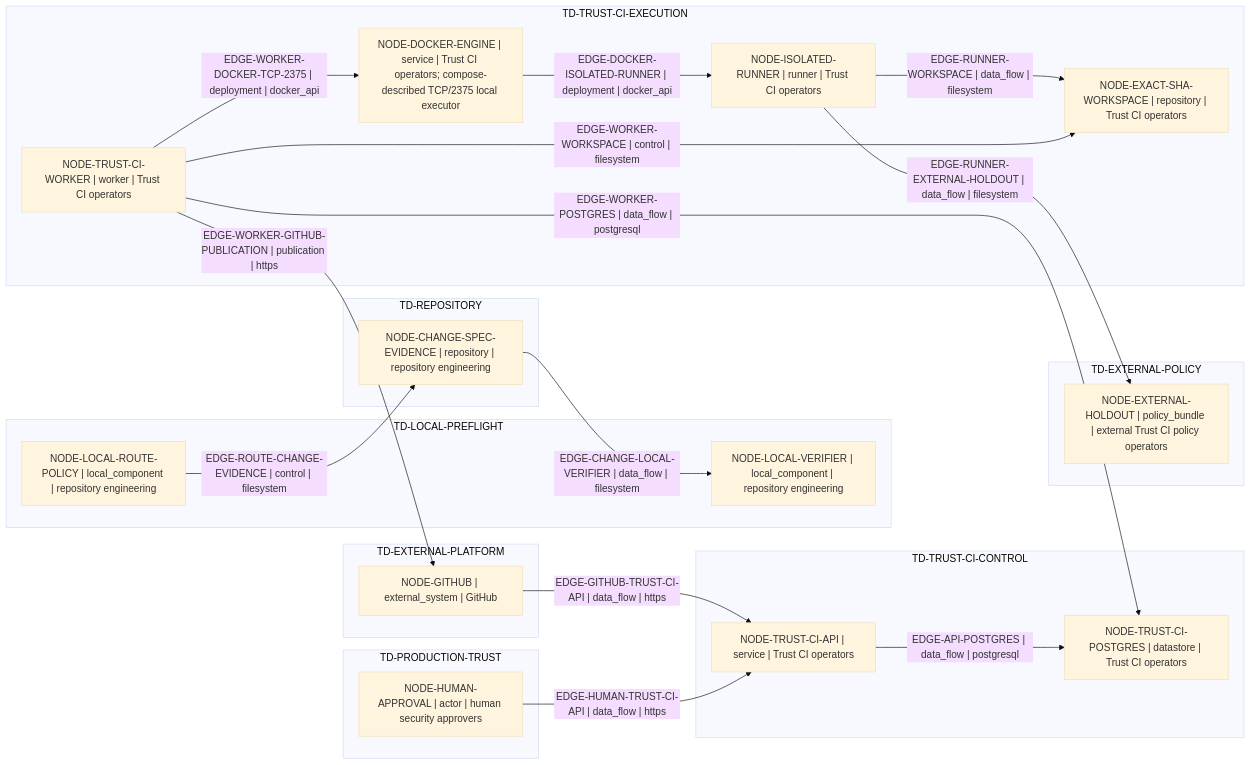
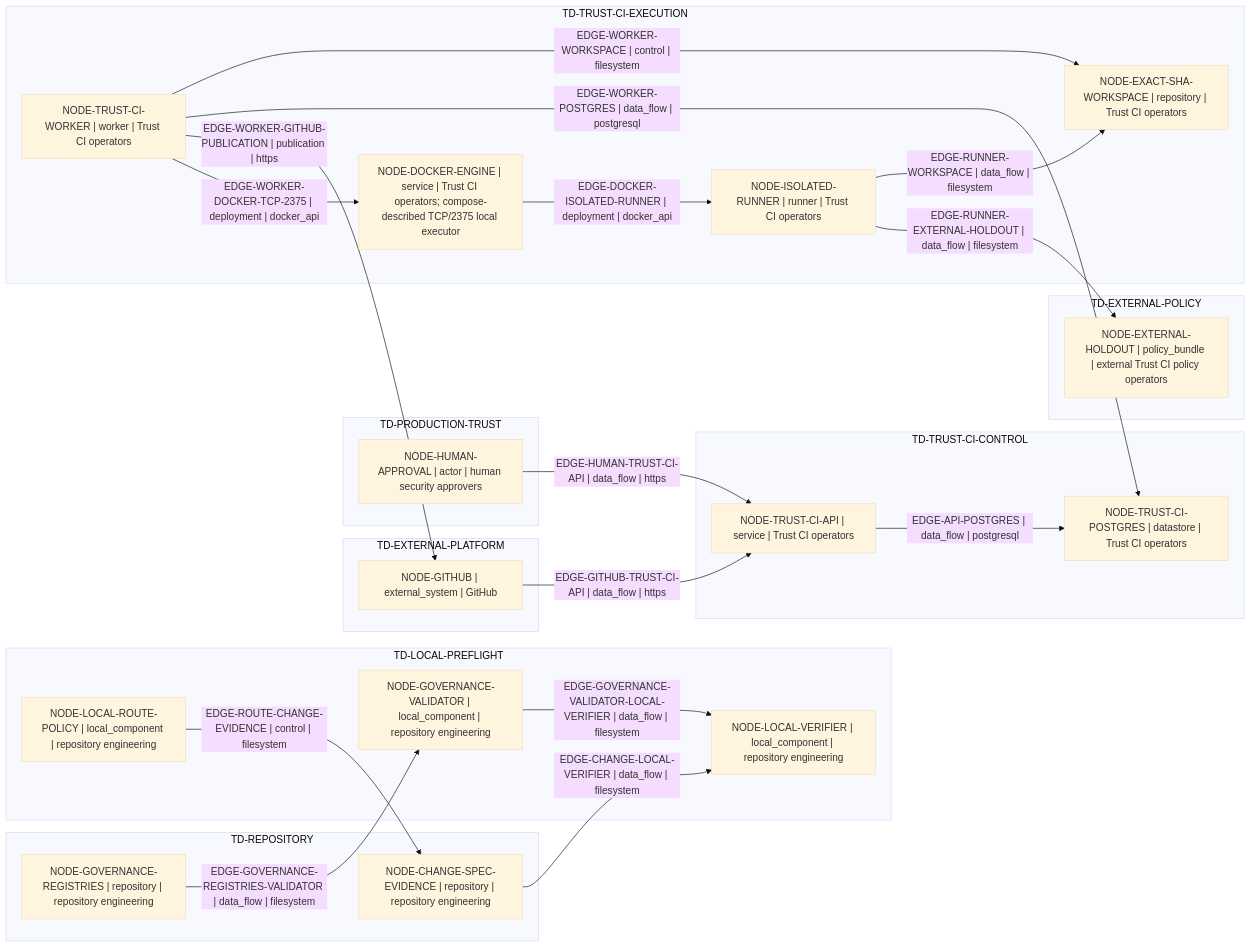
Before and after one commit to Dimkox/adaptive-grok-build-pro: the diagram in architecture/generated/trust-boundary.mmd, drawn with Mermaid (base theme). The commit also changed 10 other files, not shown here.

Commit message:
feat: model controlled governance architecture

```diff
--- a/architecture/generated/trust-boundary.mmd
+++ b/architecture/generated/trust-boundary.mmd
@@ -1,39 +1,43 @@
 flowchart LR
   subgraph domain_96fb748595c57dce["TD-EXTERNAL-PLATFORM"]
     node_8b8a8cd21b180532["NODE-GITHUB | external_system | GitHub"]
   end
   subgraph domain_ece8d94ff661d9fb["TD-EXTERNAL-POLICY"]
     node_0a0fe2f046a648e9["NODE-EXTERNAL-HOLDOUT | policy_bundle | external Trust CI policy operators"]
   end
   subgraph domain_fa5ae843eb45e375["TD-LOCAL-PREFLIGHT"]
+    node_23677f8757246623["NODE-GOVERNANCE-VALIDATOR | local_component | repository engineering"]
     node_770cf3a1783e8525["NODE-LOCAL-ROUTE-POLICY | local_component | repository engineering"]
     node_23bed8fcbfc79861["NODE-LOCAL-VERIFIER | local_component | repository engineering"]
   end
   subgraph domain_93c532f149d3e2d5["TD-PRODUCTION-TRUST"]
     node_e4e37173e410ad23["NODE-HUMAN-APPROVAL | actor | human security approvers"]
   end
   subgraph domain_734c10023f9857a2["TD-REPOSITORY"]
     node_8938bd3db1932751["NODE-CHANGE-SPEC-EVIDENCE | repository | repository engineering"]
+    node_dfd1104494c6ab8f["NODE-GOVERNANCE-REGISTRIES | repository | repository engineering"]
   end
   subgraph domain_7f80d82d053144ab["TD-TRUST-CI-CONTROL"]
     node_d0e570b2fbe52f98["NODE-TRUST-CI-API | service | Trust CI operators"]
     node_1a6c7efb2d08591b["NODE-TRUST-CI-POSTGRES | datastore | Trust CI operators"]
   end
   subgraph domain_65e7aeb3bb37c460["TD-TRUST-CI-EXECUTION"]
     node_4e78270f61d78ed8["NODE-DOCKER-ENGINE | service | Trust CI operators; compose-described TCP/2375 local executor"]
     node_2e8a7072de3f3743["NODE-EXACT-SHA-WORKSPACE | repository | Trust CI operators"]
     node_1c3a10ba26a8e80d["NODE-ISOLATED-RUNNER | runner | Trust CI operators"]
     node_070dda93443dcc1f["NODE-TRUST-CI-WORKER | worker | Trust CI operators"]
   end
   node_d0e570b2fbe52f98 -->|"EDGE-API-POSTGRES | data_flow | postgresql"| node_1a6c7efb2d08591b
   node_8938bd3db1932751 -->|"EDGE-CHANGE-LOCAL-VERIFIER | data_flow | filesystem"| node_23bed8fcbfc79861
   node_4e78270f61d78ed8 -->|"EDGE-DOCKER-ISOLATED-RUNNER | deployment | docker_api"| node_1c3a10ba26a8e80d
   node_8b8a8cd21b180532 -->|"EDGE-GITHUB-TRUST-CI-API | data_flow | https"| node_d0e570b2fbe52f98
+  node_dfd1104494c6ab8f -->|"EDGE-GOVERNANCE-REGISTRIES-VALIDATOR | data_flow | filesystem"| node_23677f8757246623
+  node_23677f8757246623 -->|"EDGE-GOVERNANCE-VALIDATOR-LOCAL-VERIFIER | data_flow | filesystem"| node_23bed8fcbfc79861
   node_e4e37173e410ad23 -->|"EDGE-HUMAN-TRUST-CI-API | data_flow | https"| node_d0e570b2fbe52f98
   node_770cf3a1783e8525 -->|"EDGE-ROUTE-CHANGE-EVIDENCE | control | filesystem"| node_8938bd3db1932751
   node_1c3a10ba26a8e80d -->|"EDGE-RUNNER-EXTERNAL-HOLDOUT | data_flow | filesystem"| node_0a0fe2f046a648e9
   node_1c3a10ba26a8e80d -->|"EDGE-RUNNER-WORKSPACE | data_flow | filesystem"| node_2e8a7072de3f3743
   node_070dda93443dcc1f -->|"EDGE-WORKER-DOCKER-TCP-2375 | deployment | docker_api"| node_4e78270f61d78ed8
   node_070dda93443dcc1f -->|"EDGE-WORKER-GITHUB-PUBLICATION | publication | https"| node_8b8a8cd21b180532
   node_070dda93443dcc1f -->|"EDGE-WORKER-POSTGRES | data_flow | postgresql"| node_1a6c7efb2d08591b
   node_070dda93443dcc1f -->|"EDGE-WORKER-WORKSPACE | control | filesystem"| node_2e8a7072de3f3743
```
